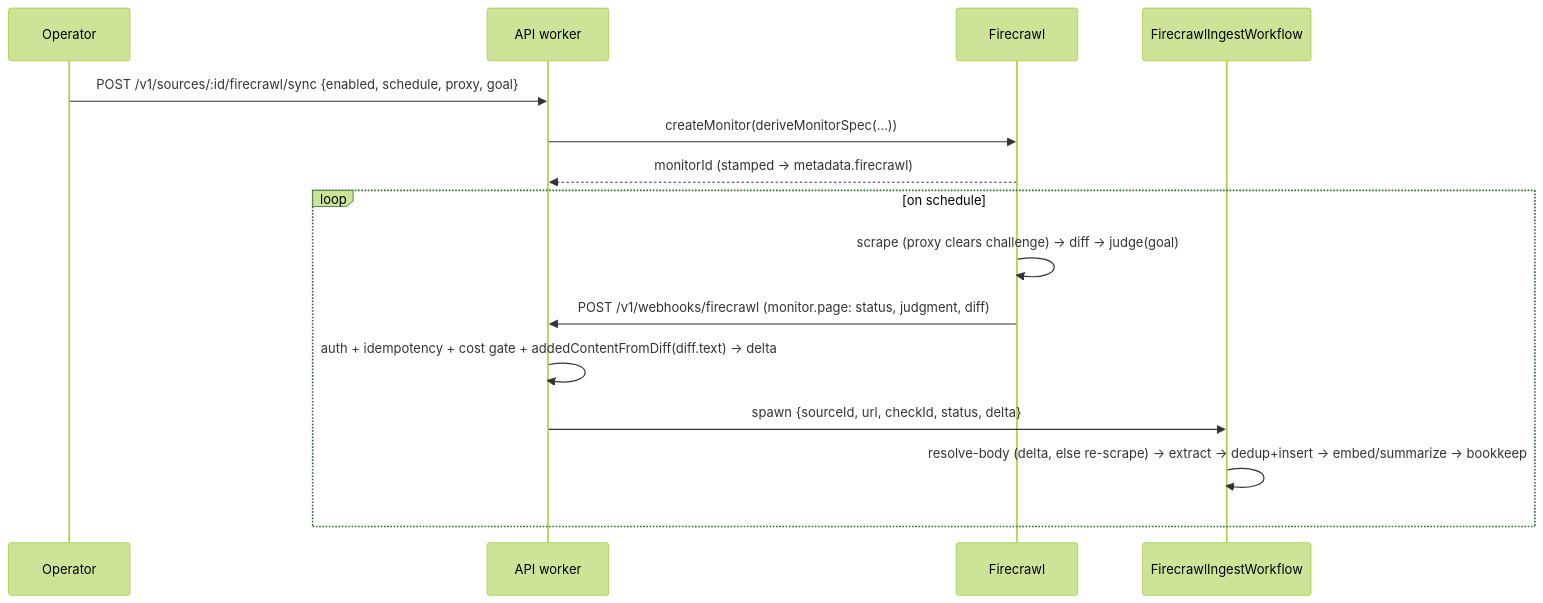
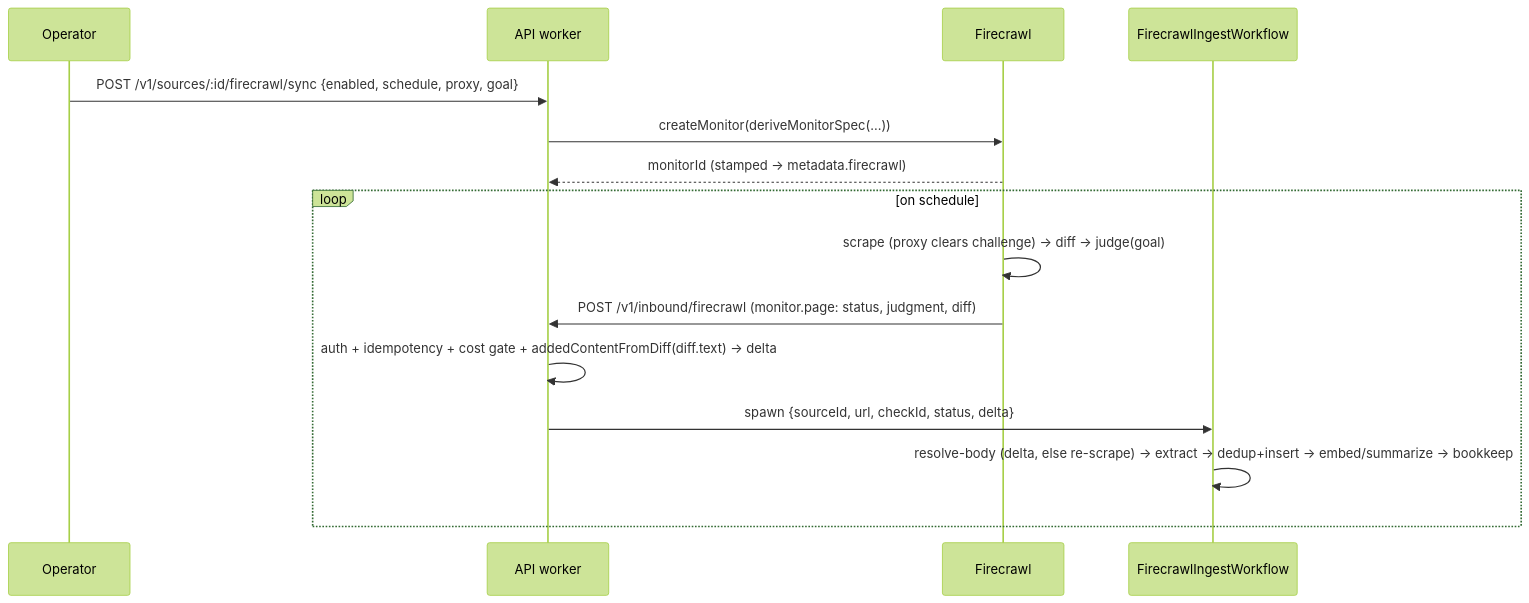
Before and after one commit to buildinternet/releases: the diagram in docs/architecture/firecrawl-monitoring.md, drawn with Mermaid (forest theme). The commit also changed other lines of this file and 15 other files, not shown here.

First line of the commit message:
fix(api): receive provider webhooks at /v1/inbound/<provider>

````diff
--- a/docs/architecture/firecrawl-monitoring.md
+++ b/docs/architecture/firecrawl-monitoring.md
@@ -9,19 +9,19 @@
 ```mermaid
 sequenceDiagram
     participant Op as Operator
     participant API as API worker
     participant FC as Firecrawl
     participant WF as FirecrawlIngestWorkflow
 
     Op->>API: POST /v1/sources/:id/firecrawl/sync {enabled, schedule, proxy, goal}
     API->>FC: createMonitor(deriveMonitorSpec(...))
     FC-->>API: monitorId  (stamped → metadata.firecrawl)
 
     loop on schedule
         FC->>FC: scrape (proxy clears challenge) → diff → judge(goal)
-        FC->>API: POST /v1/webhooks/firecrawl  (monitor.page: status, judgment, diff)
+        FC->>API: POST /v1/inbound/firecrawl  (monitor.page: status, judgment, diff)
         API->>API: auth + idempotency + cost gate + addedContentFromDiff(diff.text) → delta
         API->>WF: spawn {sourceId, url, checkId, status, delta}
         WF->>WF: resolve-body (delta, else re-scrape) → extract → dedup+insert → embed/summarize → bookkeep
     end
 ```
````
